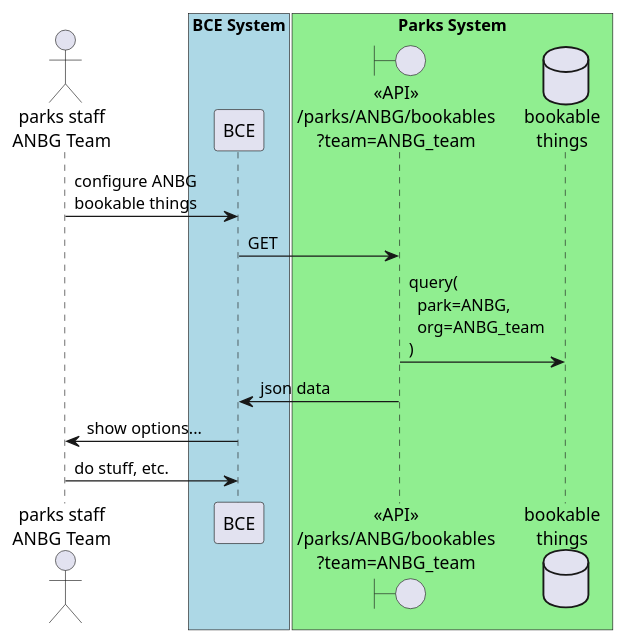
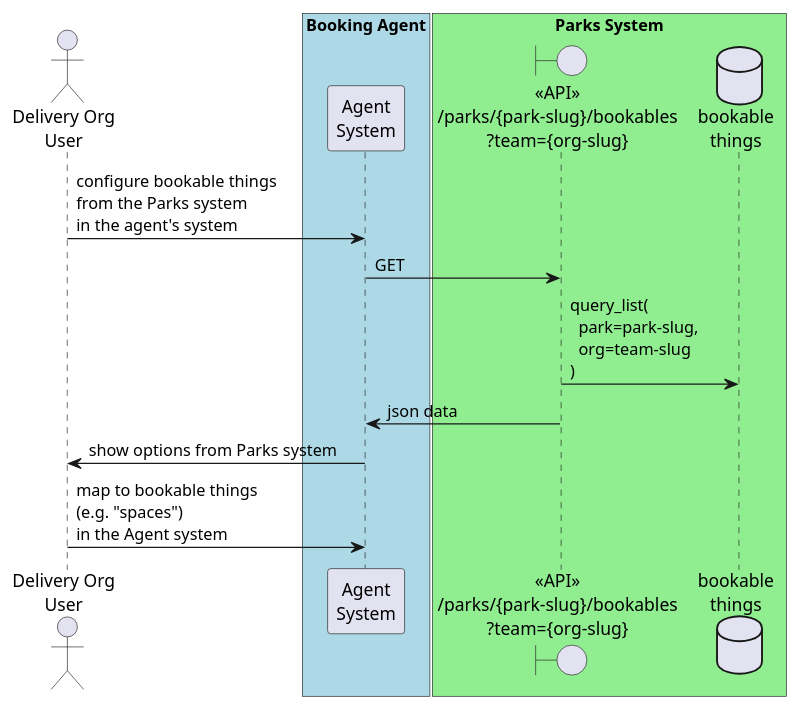
Before and after one commit to koriaf/parks-bce-integration-bookable-things: the first of 2 diagrams in api.rst, drawn with PlantUML. The commit also changed other lines of this file and 5 other files, not shown here.

```diff
--- a/api.rst
+++ b/api.rst
@@ -13,17 +20,17 @@
 .. uml::
 
-   actor "parks staff\nANBG Team" as parks_staff
-   box "BCE System" #lightblue
-      participant BCE
+   actor "Delivery Org\nUser" as parks_staff
+   box "Booking Agent" #lightblue
+      participant "Agent\nSystem" as BCE
    end box
-   parks_staff -> BCE: configure ANBG\nbookable things
+   parks_staff -> BCE: configure bookable things\nfrom the Parks system\nin the agent's system
    box "Parks System" #lightgreen
-      boundary "<<API>>\n/parks/ANBG/bookables\n?team=ANBG_team" as get_list_bookables
+      boundary "<<API>>\n/parks/{park-slug}/bookables\n?team={org-slug}" as get_list_bookables
       database "bookable\nthings" as bookable_things
    end box
    BCE -> get_list_bookables: GET
-   get_list_bookables -> bookable_things: query(\n  park=ANBG,\n  org=ANBG_team\n)
+   get_list_bookables -> bookable_things: query_list(\n  park=park-slug,\n  org=team-slug\n)
 
    get_list_bookables -> BCE: json data
-   BCE -> parks_staff: show options...
-   parks_staff -> BCE: do stuff, etc.
+   BCE -> parks_staff: show options from Parks system
+   parks_staff -> BCE: map to bookable things\n(e.g. "spaces")\nin the Agent system
```
